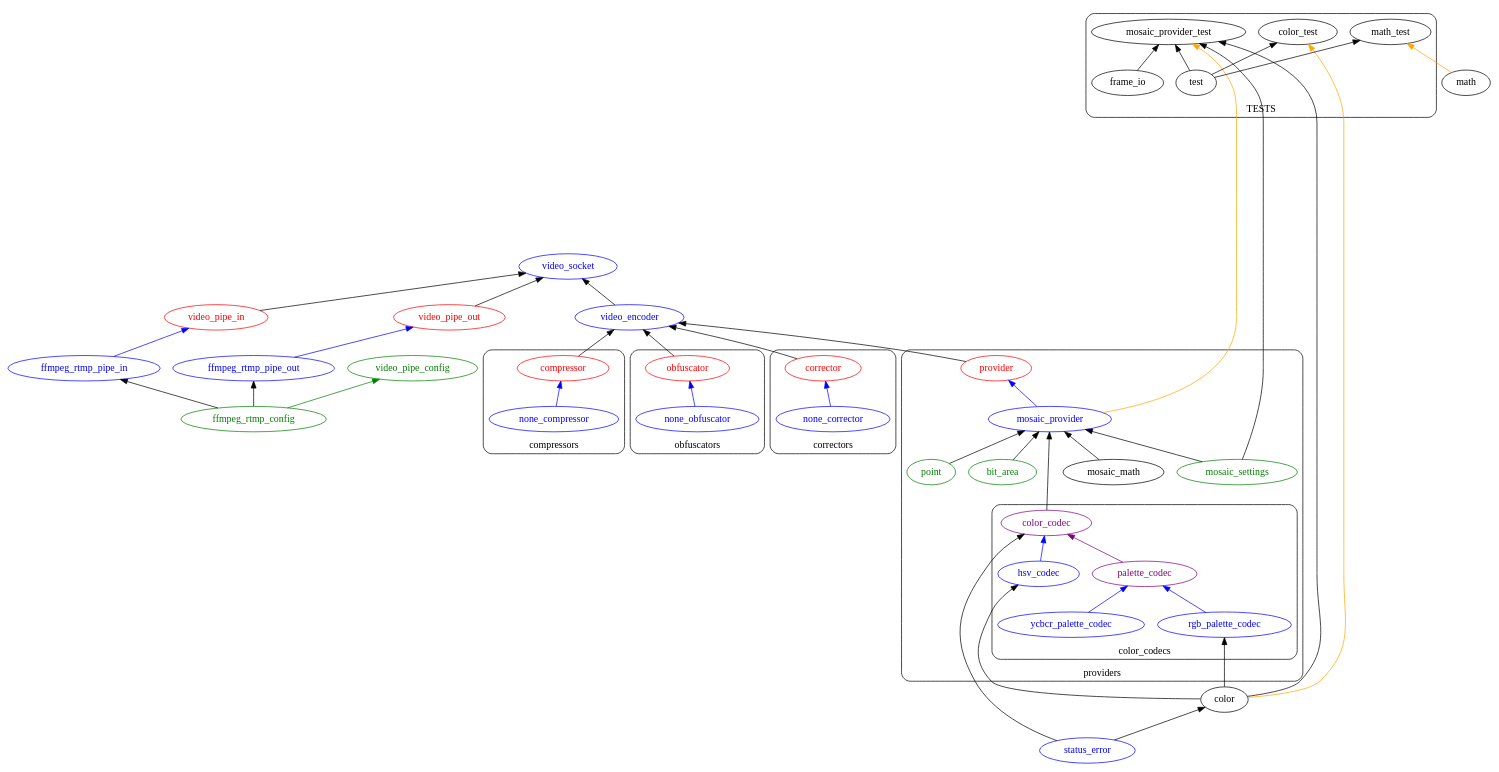
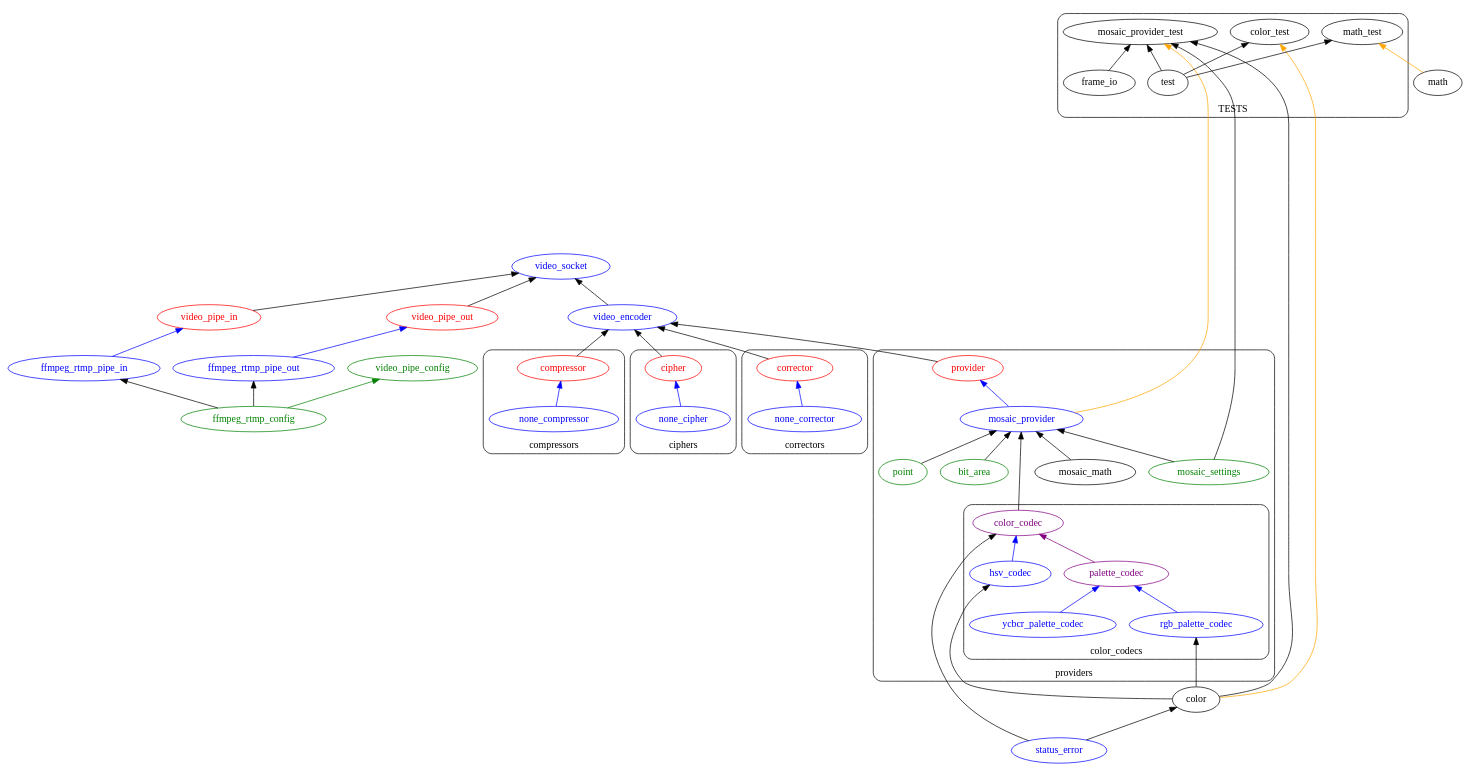
One commit to libera-cifero/Korra changed the diagram in docs/architecture.dot. Above: the diagram before and after it, drawn with Graphviz. The commit also changed 14 other files, not shown here.

Commit message:
obfuscator->cipher

```diff
--- a/docs/architecture.dot
+++ b/docs/architecture.dot
@@ -1,188 +1,188 @@
 digraph {
     rankdir=BT;
 
     subgraph src{
         subgraph encoder{
             subgraph cluster_providers {
                 label="providers";
                 style=rounded;
                 color=black;
 
                 provider[
                     color=red;
                     fontcolor=red;
                 ];
                 mosaic_provider[
                     color=blue;
                     fontcolor=blue;
                 ];
 
                 subgraph mosaic {
                     bit_area [fontcolor=green; color = green;];
                     point [fontcolor=green; color = green;];
                     mosaic_math;
                     mosaic_settings [fontcolor=green; color = green;];
                     
                     mosaic_settings->mosaic_provider;
                     
                     point->mosaic_provider;
 
                     bit_area->mosaic_provider;
 
                     mosaic_math->mosaic_provider;
                     
 
                     
                     subgraph cluster_color_codecs{
                         label="color_codecs";
                         color_codec [
                             color=purple;
                             fontcolor=purple;
                         ];
                         hsv_codec [
                             color=blue;
                             fontcolor=blue;
                         ];
                         palette_codec[
                             color=purple;
                             fontcolor=purple;
                         ];
                         rgb_palette_codec[
                             color=blue;
                             fontcolor=blue;
                         ];
                         ycbcr_palette_codec[
                             color=blue;
                             fontcolor=blue;
                         ];
                         hsv_codec->color_codec [color=blue; ];
                         palette_codec->color_codec[color=purple;];   
                         rgb_palette_codec->palette_codec [color=blue;];
                         ycbcr_palette_codec->palette_codec [color=blue];
                     }
                     color_codec->mosaic_provider [minlen=2;];
                 }
 
                 mosaic_provider->provider[color = blue;];
             }
             subgraph cluster_compressors {
                 label="compressors";
                 style=rounded;
                 color=black;
                 compressor [
                     color=red;
                     fontcolor=red;
                 ];
                 none_compressor [
                     color=blue;
                     fontcolor=blue;
                 ];
                 none_compressor->compressor [color=blue];
             }
 
-            subgraph cluster_obfuscators 
+            subgraph cluster_ciphers 
             {
-                label="obfuscators";
+                label="ciphers";
                 style=rounded;
                 color=black;
 
-                obfuscator[
+                cipher[
                     color = red;
                     fontcolor=red;
                 ];
-                none_obfuscator [
+                none_cipher [
                     color=blue;
                     fontcolor=blue;
                 ];
 
-                none_obfuscator->obfuscator [color=blue];
+                none_cipher->cipher [color=blue];
             }
 
             subgraph cluster_correctors{
                 label="correctors";
                 style=rounded;
                 color=black;
 
                 corrector[
                     color = red;
                     fontcolor=red;
                 ];
                 none_corrector [
                     color=blue;
                     fontcolor=blue;
                 ];
 
                 none_corrector->corrector [color=blue];
             }
 
             video_encoder [color=blue;fontcolor=blue;];
             color;
             status_error[color=blue; fontcolor=blue;];
             math;
             
             
             provider->video_encoder; 
             compressor->video_encoder;
-            obfuscator->video_encoder;
+            cipher->video_encoder;
             corrector->video_encoder;
 
             color->rgb_palette_codec;
             color->hsv_codec;
             
             status_error->color;
             status_error->color_codec;
 
         }
         subgraph video_pipes {
             label="video_pipes";
             video_pipe_in [color=red; fontcolor=red;];
             video_pipe_out [color = red; fontcolor=red;];
             ffmpeg_rtmp_pipe_in [color=blue;fontcolor=blue;];
             ffmpeg_rtmp_pipe_out [color=blue;fontcolor=blue;];
 
             video_pipe_config [color=green; fontcolor=green;];
             ffmpeg_rtmp_config [color=green;fontcolor=green;];
 
             ffmpeg_rtmp_config->video_pipe_config [color=green;];
 
             ffmpeg_rtmp_pipe_in->video_pipe_in [color=blue;];
             ffmpeg_rtmp_pipe_out->video_pipe_out [color=blue;];
             
             ffmpeg_rtmp_config->ffmpeg_rtmp_pipe_in;
             ffmpeg_rtmp_config->ffmpeg_rtmp_pipe_out;
         }
 
         video_socket [color=blue; fontcolor=blue;];
         
         video_encoder->video_socket [weight=2;];
         video_pipe_in->video_socket;
         video_pipe_out->video_socket;
     }
 
     subgraph cluster_test{
         style=rounded;
         label="TESTS";
         subgraph lib{
             test;
         }
 
         color_test;
         mosaic_provider_test;
         math_test;
         
         test->color_test;
         test->mosaic_provider_test;
         test->math_test;
 
         frame_io->mosaic_provider_test;
     }
 
     color->mosaic_provider_test;
     mosaic_settings->mosaic_provider_test;
     mosaic_provider->mosaic_provider_test [color=orange; minlen=10;];
 
     color->color_test [color=orange;];
 
     math->math_test [color=orange;];
 
 }
```
